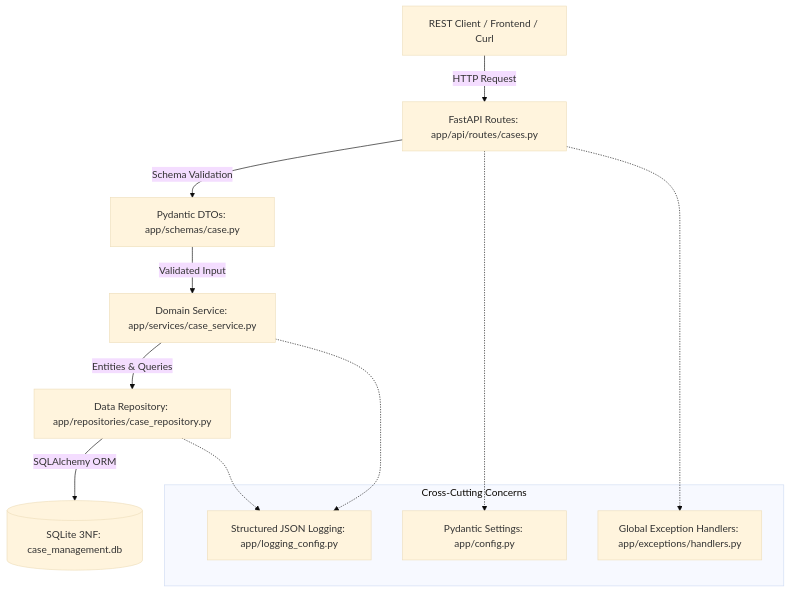
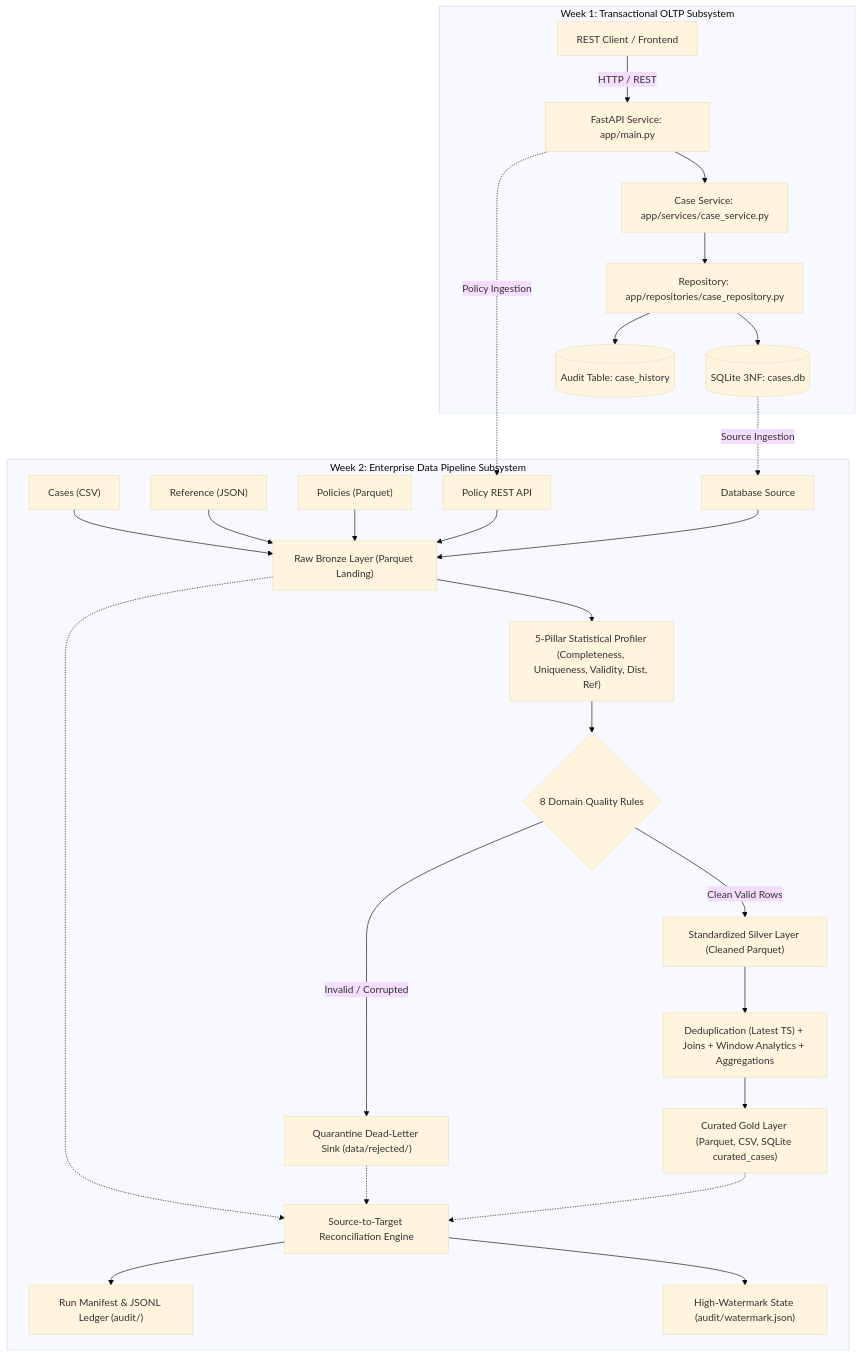
One commit to CodesBySammy/week-1_kpmg changed the diagram in README.md. Above: the diagram before and after it, drawn with Mermaid (base theme). The commit also changed other lines of this file and 183 other files, not shown here.

First line of the commit message:
feat(week2): implement complete enterprise data pipeline, curriculum, and test suite

````diff
--- a/README.md
+++ b/README.md
@@ -27,18 +18,29 @@
 ```mermaid
-graph TD
-    Client[REST Client / Frontend / Curl] -->|HTTP Request| Ingress[FastAPI Routes: app/api/routes/cases.py]
-    Ingress -->|Schema Validation| Pydantic[Pydantic DTOs: app/schemas/case.py]
-    Pydantic -->|Validated Input| Service[Domain Service: app/services/case_service.py]
-    Service -->|Entities & Queries| Repo[Data Repository: app/repositories/case_repository.py]
-    Repo -->|SQLAlchemy ORM| DB[(SQLite 3NF: case_management.db)]
-    
-    subgraph Cross-Cutting Concerns
-        Config[Pydantic Settings: app/config.py]
-        Logging[Structured JSON Logging: app/logging_config.py]
-        Errors[Global Exception Handlers: app/exceptions/handlers.py]
+flowchart TD
+    subgraph Week1 ["Week 1: Transactional OLTP Subsystem"]
+        Client[REST Client / Frontend] -->|HTTP / REST| API[FastAPI Service: app/main.py]
+        API --> Service[Case Service: app/services/case_service.py]
+        Service --> Repo[Repository: app/repositories/case_repository.py]
+        Repo --> DB[(SQLite 3NF: cases.db)]
+        Repo --> AuditDB[(Audit Table: case_history)]
     end
-    Ingress -.-> Config
-    Ingress -.-> Errors
-    Service -.-> Logging
-    Repo -.-> Logging
+
+    subgraph Week2 ["Week 2: Enterprise Data Pipeline Subsystem"]
+        SrcCSV["Cases (CSV)"] & SrcJSON["Reference (JSON)"] & SrcPQ["Policies (Parquet)"] & SrcAPI["Policy REST API"] & SrcDB["Database Source"] --> Bronze["Raw Bronze Layer (Parquet Landing)"]
+        Bronze --> Profiler["5-Pillar Statistical Profiler (Completeness, Uniqueness, Validity, Dist, Ref)"]
+        Profiler --> Quality{"8 Domain Quality Rules"}
+        Quality -->|Invalid / Corrupted| DeadLetter["Quarantine Dead-Letter Sink (data/rejected/)"]
+        Quality -->|Clean Valid Rows| Silver["Standardized Silver Layer (Cleaned Parquet)"]
+        Silver --> Transform["Deduplication (Latest TS) + Joins + Window Analytics + Aggregations"]
+        Transform --> Gold["Curated Gold Layer (Parquet, CSV, SQLite curated_cases)"]
+        
+        Bronze -.-> Reconciler["Source-to-Target Reconciliation Engine"]
+        DeadLetter -.-> Reconciler
+        Gold -.-> Reconciler
+        Reconciler --> AuditManifest["Run Manifest & JSONL Ledger (audit/)"]
+        Reconciler --> Watermark["High-Watermark State (audit/watermark.json)"]
+    end
+
+    DB -.->|Source Ingestion| SrcDB
+    API -.->|Policy Ingestion| SrcAPI
 ```
````
